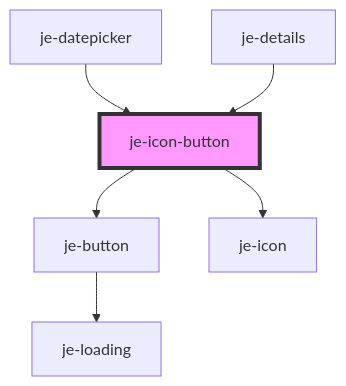
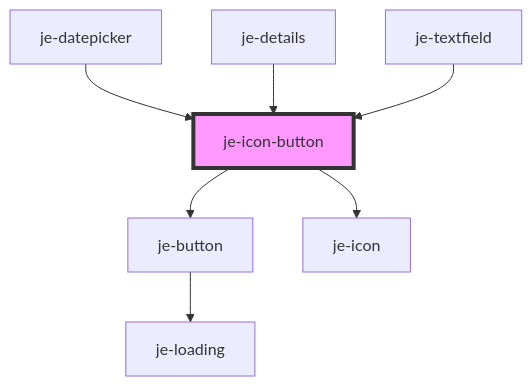
Before and after one commit to pgreen00/jebamo: the diagram in packages/docs/docs/components/je-icon-button/readme.md, drawn with Mermaid. The commit also changed other lines of this file and 20 other files, not shown here.

````diff
--- a/packages/docs/docs/components/je-icon-button/readme.md
+++ b/packages/docs/docs/components/je-icon-button/readme.md
@@ -41,9 +42,10 @@
 ```mermaid
 graph TD;
   je-icon-button --> je-button
   je-icon-button --> je-icon
   je-button --> je-loading
   je-datepicker --> je-icon-button
   je-details --> je-icon-button
+  je-textfield --> je-icon-button
   style je-icon-button fill:#f9f,stroke:#333,stroke-width:4px
 ```
````
